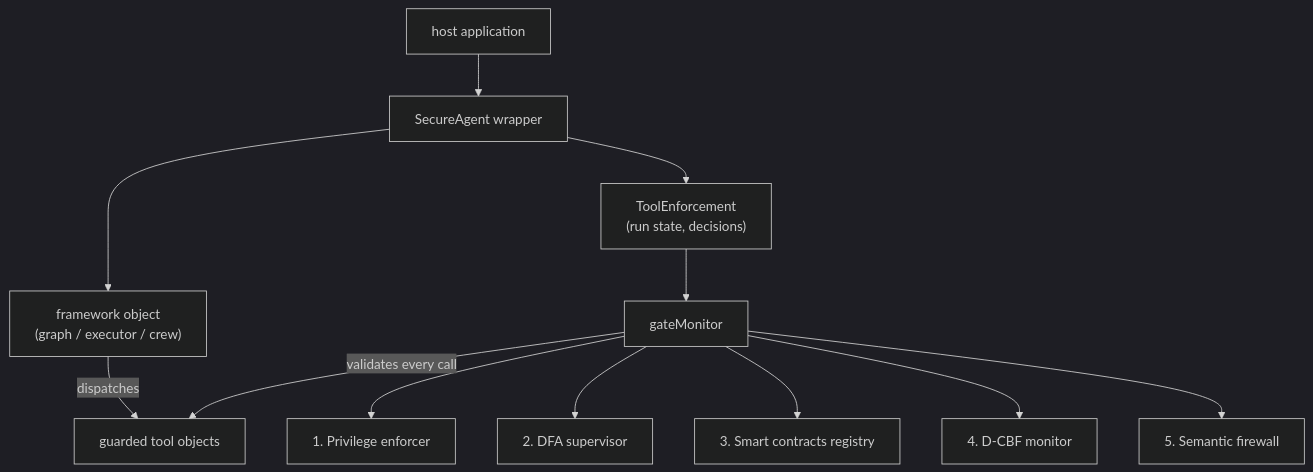
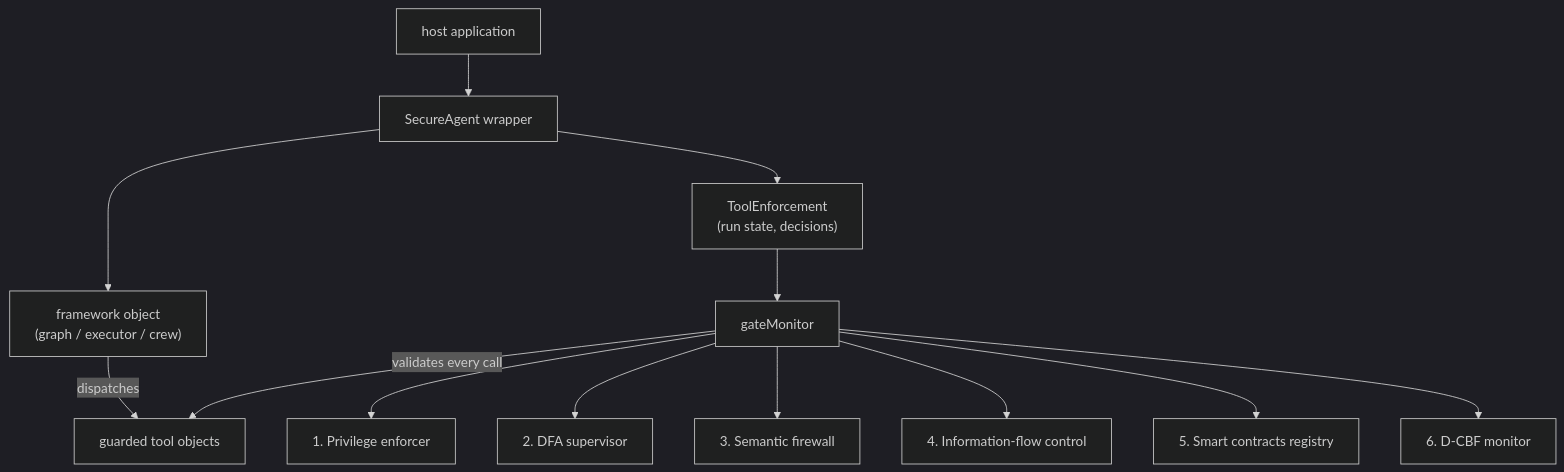
One commit to CharafeddineMechalikh/GATE changed the first of 2 diagrams in docs/architecture.md. Above: the diagram before and after it, drawn with Mermaid (dark theme). The commit also changed other lines of this file and 40 other files, not shown here.

Commit message:
gate: v1.3.0 six-layer pipeline (privilege, DFA, semantic, IFC, contracts, D-CBF), new IFC stage and deny-dominant escalation; docs/figures rebased on 1,957, version bump (gate/core/monitor.py, gate/security/ifc.py, gate/__init__.py, docs/, README.md, CHANGELOG.md, pyproject.toml, tests/)

````diff
--- a/docs/architecture.md
+++ b/docs/architecture.md
@@ -7,14 +7,15 @@
 ```mermaid
 flowchart TD
     App["host application"] --> SA["SecureAgent wrapper"]
     SA --> TE["ToolEnforcement<br>(run state, decisions)"]
     SA --> FW["framework object<br>(graph / executor / crew)"]
     TE --> M["gateMonitor"]
     FW -->|dispatches| GT["guarded tool objects"]
     M -->|validates every call| GT
     M --> P["1. Privilege enforcer"]
     M --> D["2. DFA supervisor"]
-    M --> C["3. Smart contracts registry"]
-    M --> B["4. D-CBF monitor"]
-    M --> S["5. Semantic firewall"]
+    M --> S["3. Semantic firewall"]
+    M --> I["4. Information-flow control"]
+    M --> C["5. Smart contracts registry"]
+    M --> B["6. D-CBF monitor"]
 ```
````
